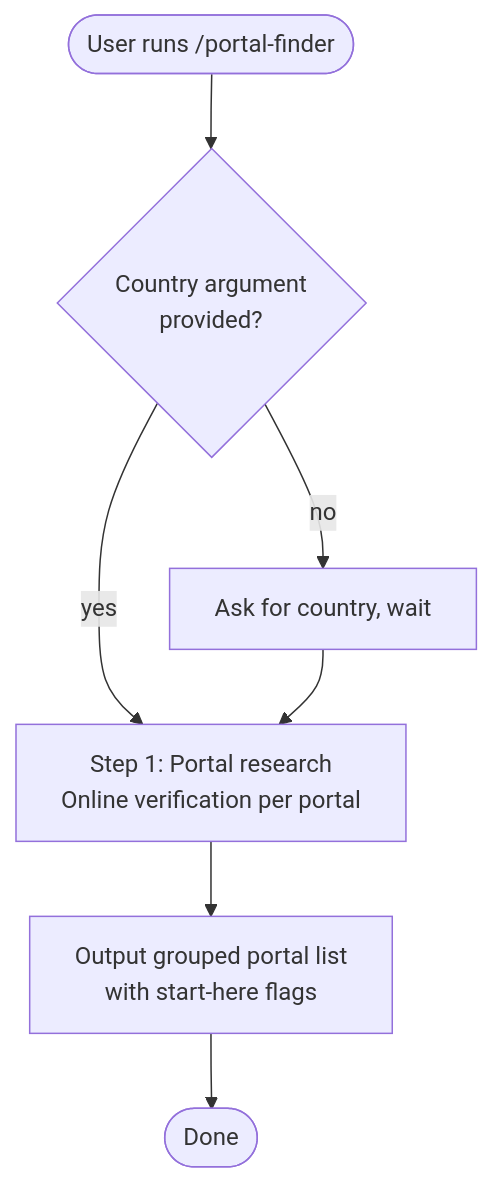
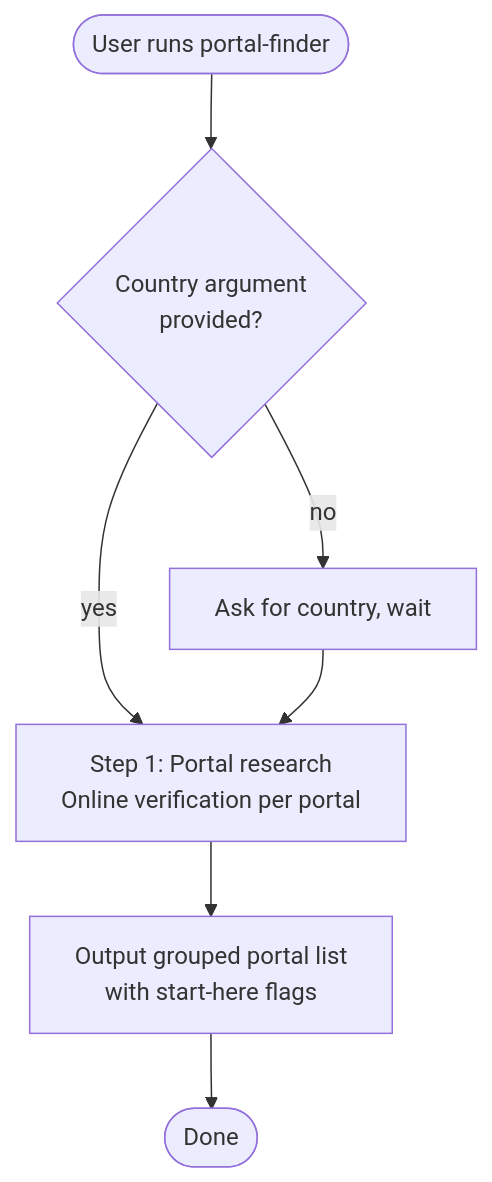
The diagram in docs/commands/portal-finder.md (myowinthein/agent-compass), drawn with Mermaid before and after one commit. The commit also changed other lines of this file and 18 other files, not shown here.

````diff
--- a/docs/commands/portal-finder.md
+++ b/docs/commands/portal-finder.md
@@ -27,10 +27,10 @@
 ```mermaid
 flowchart TD
-  Start([User runs /portal-finder]) --> CountryCheck{Country argument\nprovided?}
+  Start([User runs portal-finder]) --> CountryCheck{Country argument\nprovided?}
   CountryCheck -->|yes| S1
   CountryCheck -->|no| AskCountry[Ask for country, wait]
   AskCountry --> S1
 
   S1[Step 1: Portal research\nOnline verification per portal] --> Output[Output grouped portal list\nwith start-here flags]
   Output --> Done([Done])
 ```
````
